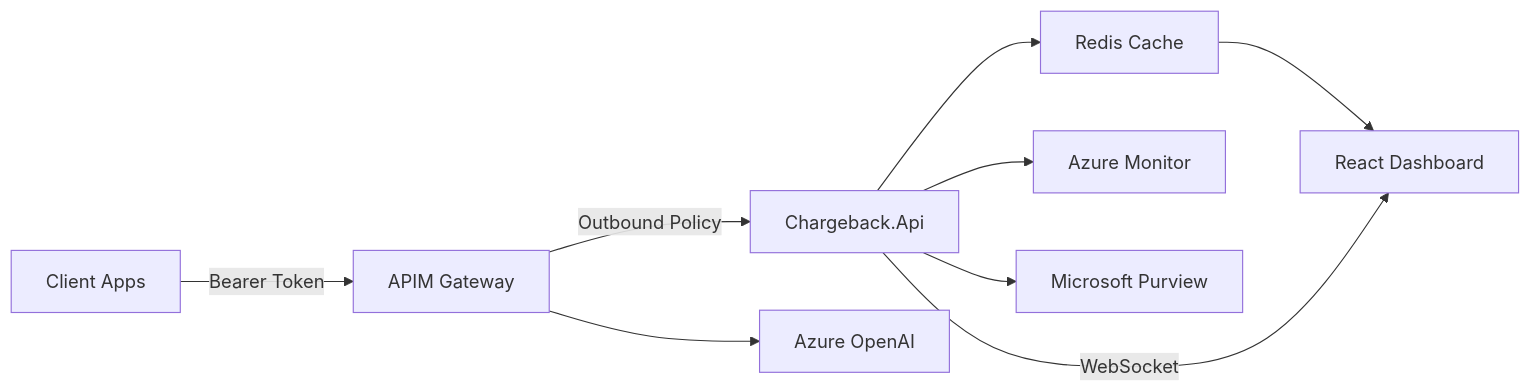
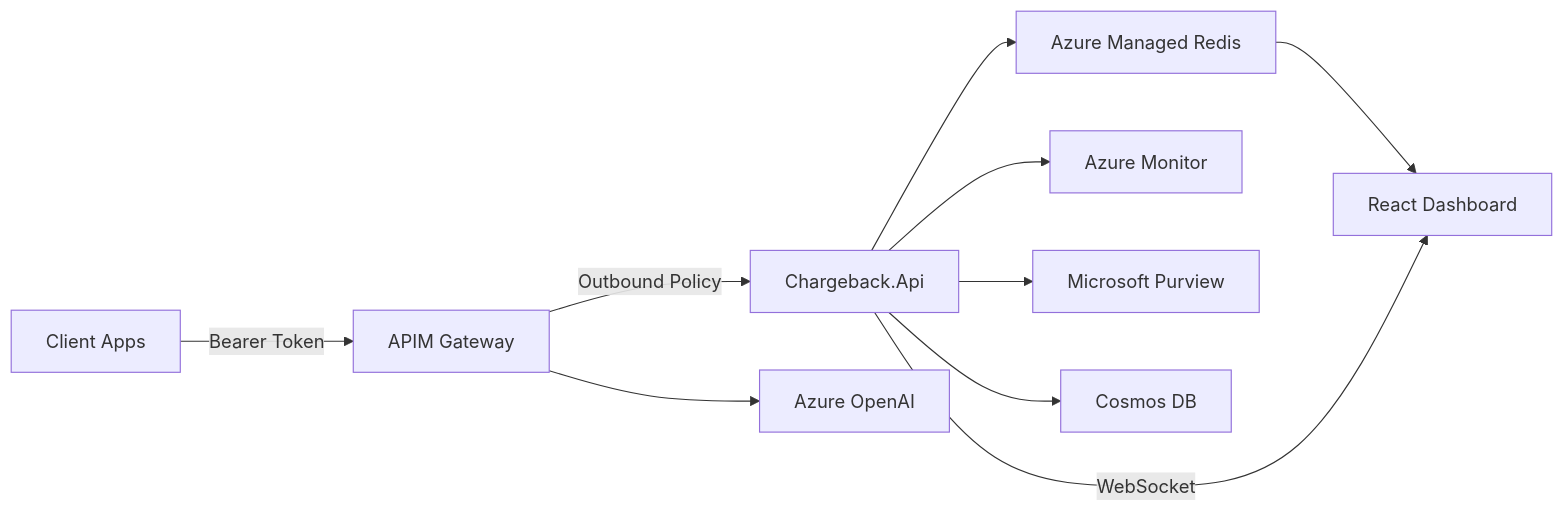
The diagram in README.md (seiggy/apim-chargeback), drawn with Mermaid before and after one commit. The commit also changed other lines of this file, not shown here.

````diff
--- a/README.md
+++ b/README.md
@@ -109,11 +110,12 @@
 ```mermaid
 graph LR
     A[Client Apps] -->|Bearer Token| B[APIM Gateway]
     B -->|Outbound Policy| C[Chargeback.Api]
     B --> D[Azure OpenAI]
-    C --> E[Redis Cache]
+    C --> E[Azure Managed Redis]
     C --> F[Azure Monitor]
     C --> G[Microsoft Purview]
+    C --> I[Cosmos DB]
     E --> H[React Dashboard]
     C -->|WebSocket| H
 ```
````
